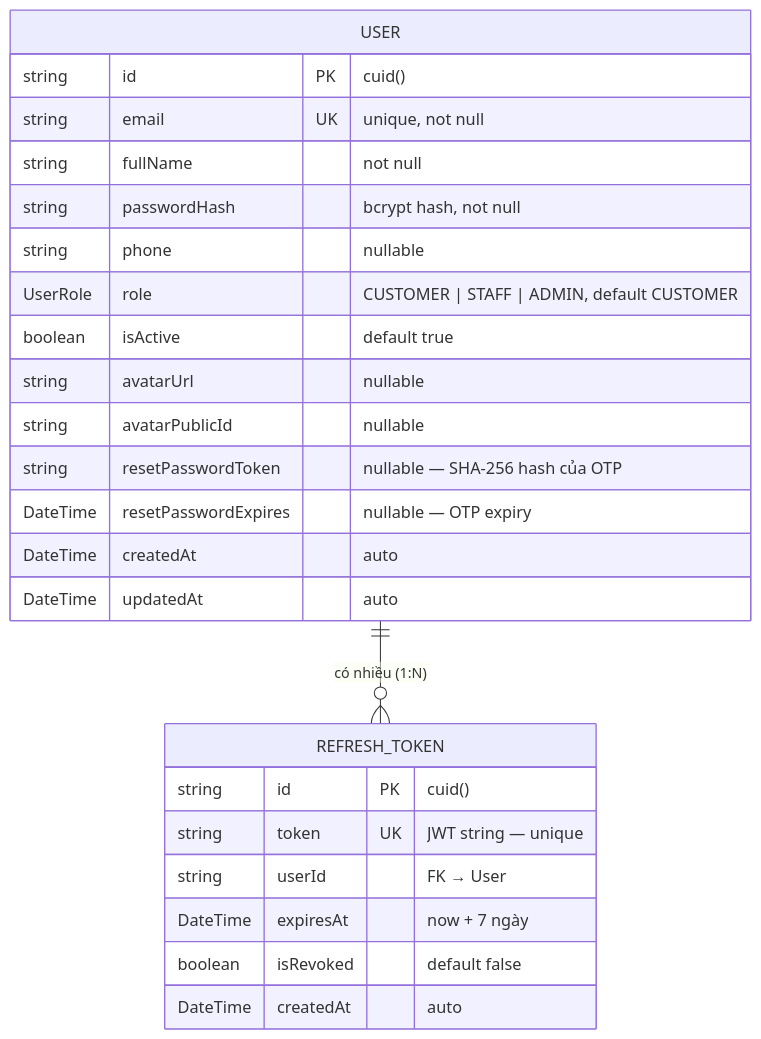
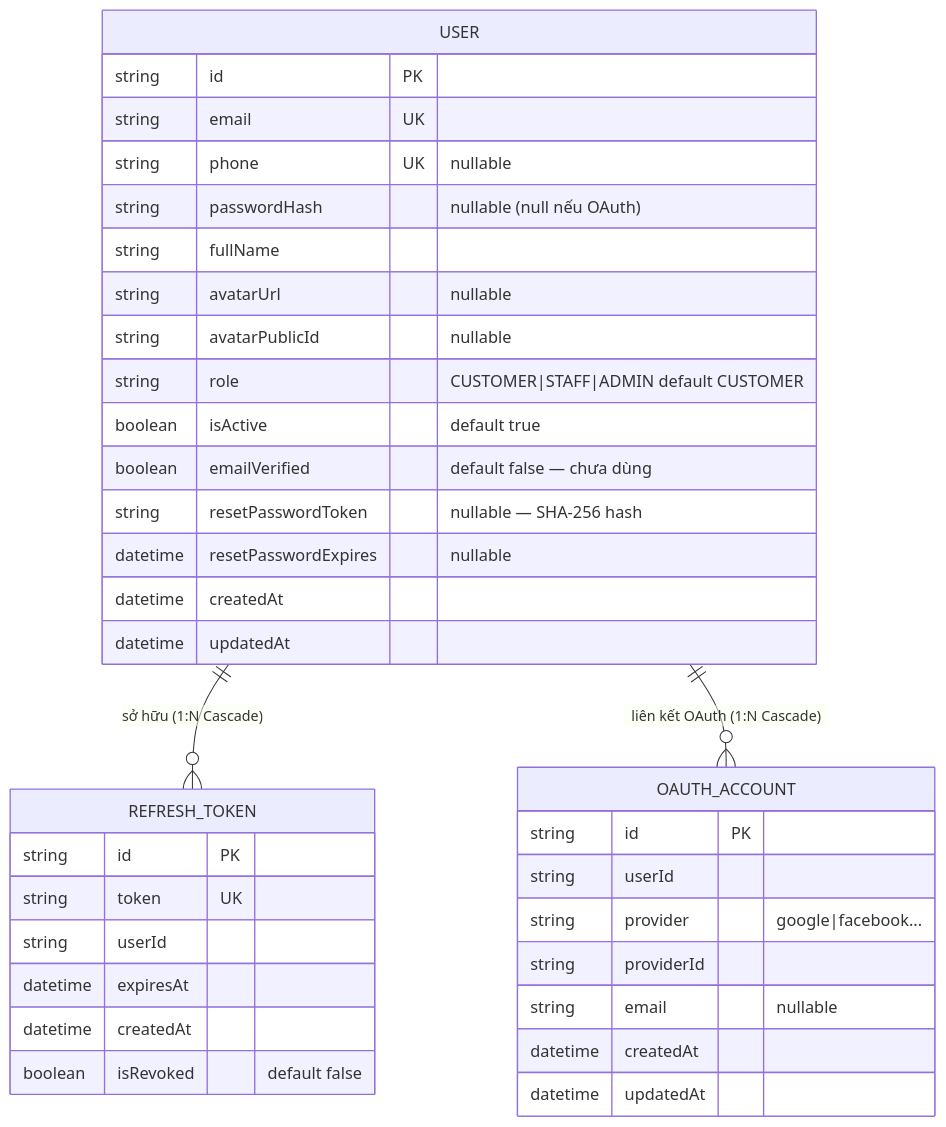
One commit to phamvinh203/mobivexa changed the diagram in docs/Auth/ERD.md. Above: the diagram before and after it, drawn with Mermaid. The commit also changed other lines of this file and 79 other files, not shown here.

Commit message:
📜 Add documentation for Inventory and Favorite modules including Use Cases, API Specifications, and Activity Diagrams

````diff
--- a/docs/Auth/ERD.md
+++ b/docs/Auth/ERD.md
@@ -13,29 +11,41 @@
 ```mermaid
 erDiagram
     USER {
-        string   id                    PK  "cuid()"
-        string   email                 UK  "unique, not null"
-        string   fullName                  "not null"
-        string   passwordHash              "bcrypt hash, not null"
-        string   phone                     "nullable"
-        UserRole role                      "CUSTOMER | STAFF | ADMIN, default CUSTOMER"
-        boolean  isActive                  "default true"
+        string   id                    PK
+        string   email                 UK
+        string   phone                 UK  "nullable"
+        string   passwordHash              "nullable (null nếu OAuth)"
+        string   fullName
         string   avatarUrl                 "nullable"
         string   avatarPublicId            "nullable"
-        string   resetPasswordToken        "nullable — SHA-256 hash của OTP"
-        DateTime resetPasswordExpires      "nullable — OTP expiry"
-        DateTime createdAt                 "auto"
-        DateTime updatedAt                 "auto"
+        string   role                      "CUSTOMER|STAFF|ADMIN default CUSTOMER"
+        boolean  isActive                  "default true"
+        boolean  emailVerified             "default false — chưa dùng"
+        string   resetPasswordToken        "nullable — SHA-256 hash"
+        datetime resetPasswordExpires      "nullable"
+        datetime createdAt
+        datetime updatedAt
     }
 
     REFRESH_TOKEN {
-        string   id         PK  "cuid()"
-        string   token      UK  "JWT string — unique"
-        string   userId         "FK → User"
-        DateTime expiresAt      "now + 7 ngày"
-        boolean  isRevoked      "default false"
-        DateTime createdAt      "auto"
+        string   id         PK
+        string   token      UK
+        string   userId
+        datetime expiresAt
+        datetime createdAt
+        boolean  isRevoked  "default false"
     }
 
-    USER ||--o{ REFRESH_TOKEN : "có nhiều (1:N)"
+    OAUTH_ACCOUNT {
+        string   id          PK
+        string   userId
+        string   provider    "google|facebook..."
+        string   providerId
+        string   email       "nullable"
+        datetime createdAt
+        datetime updatedAt
+    }
+
+    USER            ||--o{ REFRESH_TOKEN  : "sở hữu (1:N Cascade)"
+    USER            ||--o{ OAUTH_ACCOUNT  : "liên kết OAuth (1:N Cascade)"
 ```
````
